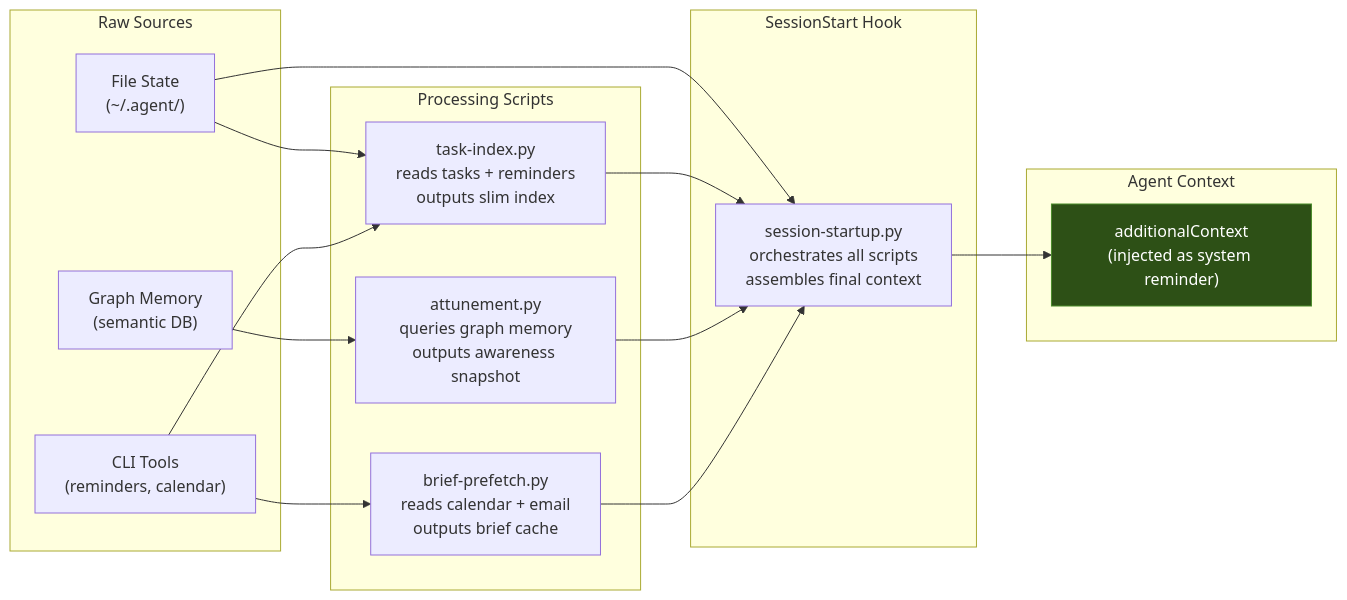
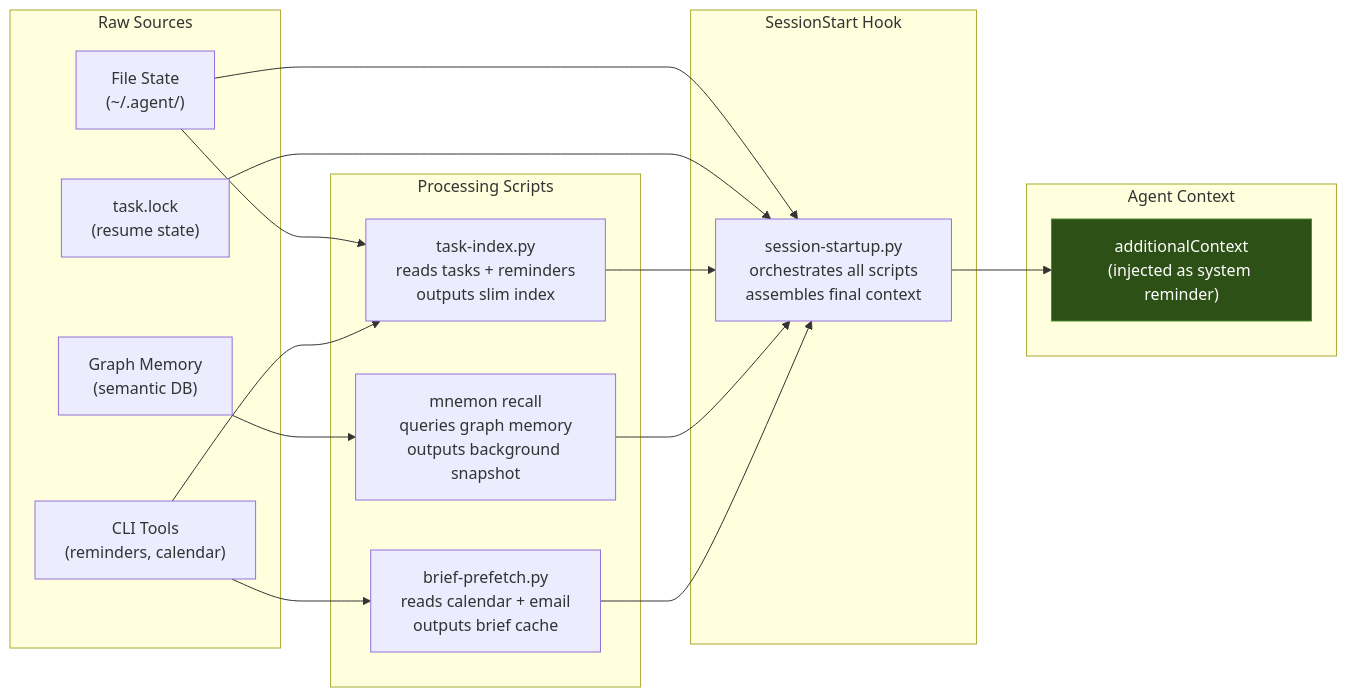
The first of 2 diagrams in diagrams/context-flow.md (tars23364-bit/persistent-agent-guide), drawn with Mermaid before and after one commit. The commit also changed other lines of this file and 26 other files, not shown here.

````diff
--- a/diagrams/context-flow.md
+++ b/diagrams/context-flow.md
@@ -5,32 +5,34 @@
 ```mermaid
 flowchart LR
     subgraph Sources["Raw Sources"]
         FS["File State<br/>(~/.agent/)"]
         GM["Graph Memory<br/>(semantic DB)"]
         CLI["CLI Tools<br/>(reminders, calendar)"]
+        TL["task.lock<br/>(resume state)"]
     end
 
     subgraph Scripts["Processing Scripts"]
         TI["task-index.py<br/>reads tasks + reminders<br/>outputs slim index"]
-        AT["attunement.py<br/>queries graph memory<br/>outputs awareness snapshot"]
+        MR["mnemon recall<br/>queries graph memory<br/>outputs background snapshot"]
         BP["brief-prefetch.py<br/>reads calendar + email<br/>outputs brief cache"]
     end
 
     subgraph Hook["SessionStart Hook"]
         SH["session-startup.py<br/>orchestrates all scripts<br/>assembles final context"]
     end
 
     subgraph Output["Agent Context"]
         AC["additionalContext<br/>(injected as system reminder)"]
     end
 
     FS --> TI & SH
-    GM --> AT
+    GM --> MR
+    TL --> SH
     CLI --> TI & BP
     TI --> SH
-    AT --> SH
+    MR --> SH
     BP --> SH
     SH --> AC
 
     style AC fill:#2d5016,stroke:#4a8c2a,color:#fff
 ```
````
